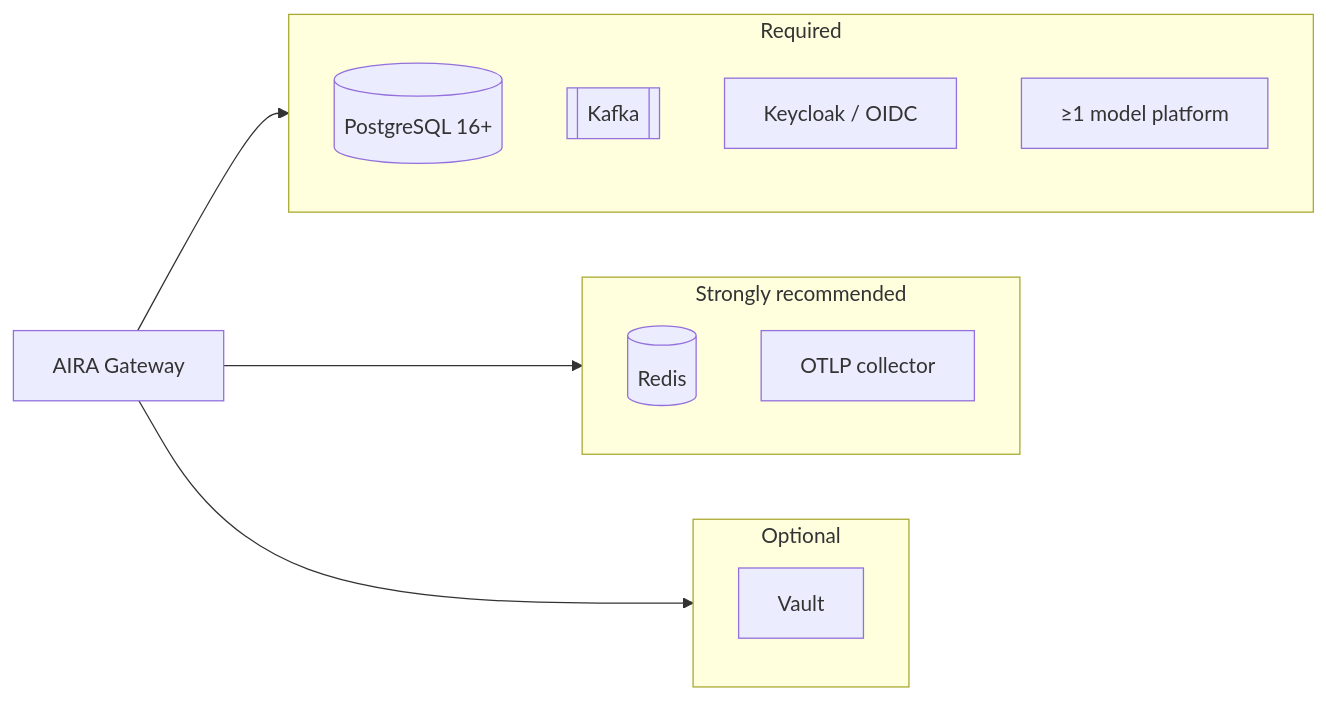
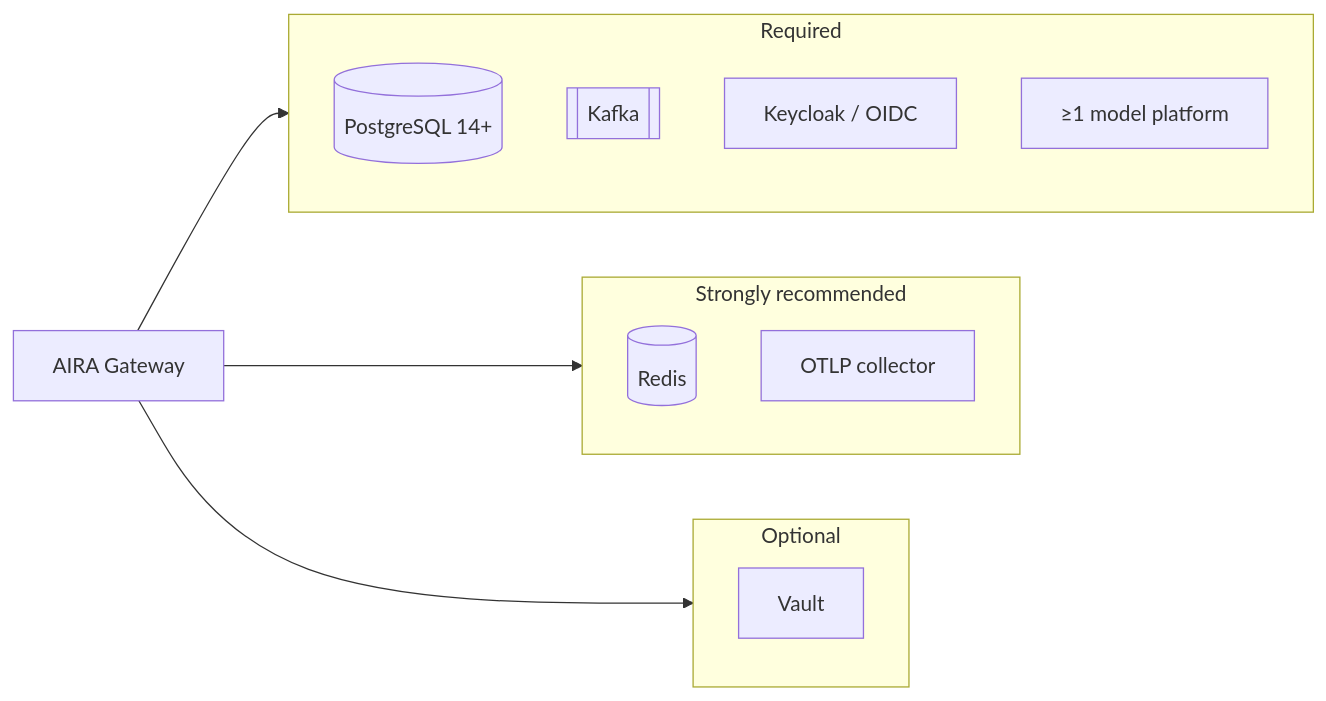
One commit to InigoImago/AIRA-Gateway changed the first of 2 diagrams in docs/INTEGRATIONS.md. Above: the diagram before and after it, drawn with Mermaid. The commit also changed other lines of this file and 179 other files, not shown here.

````diff
--- a/docs/INTEGRATIONS.md
+++ b/docs/INTEGRATIONS.md
@@ -9,19 +10,19 @@
 ```mermaid
 graph LR
     subgraph required["Required"]
-        pg[("PostgreSQL 16+")]
+        pg[("PostgreSQL 14+")]
         kafka[["Kafka"]]
         kc["Keycloak / OIDC"]
         model["≥1 model platform"]
     end
     subgraph recommended["Strongly recommended"]
         redis[("Redis")]
         otel["OTLP collector"]
     end
     subgraph optional["Optional"]
         vault["Vault"]
     end
     aira["AIRA Gateway"] --> required
     aira --> recommended
     aira --> optional
 ```
````
